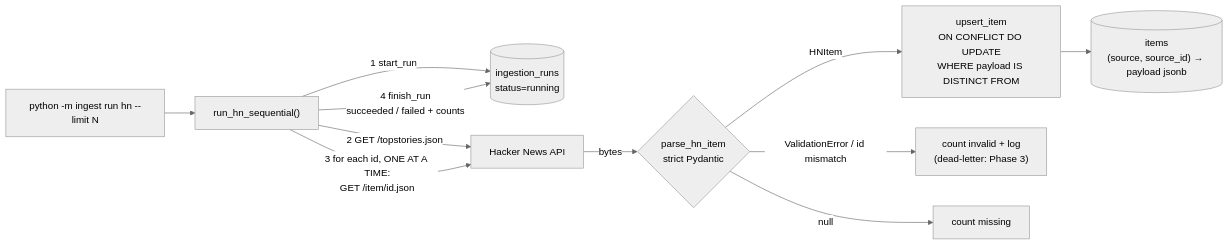
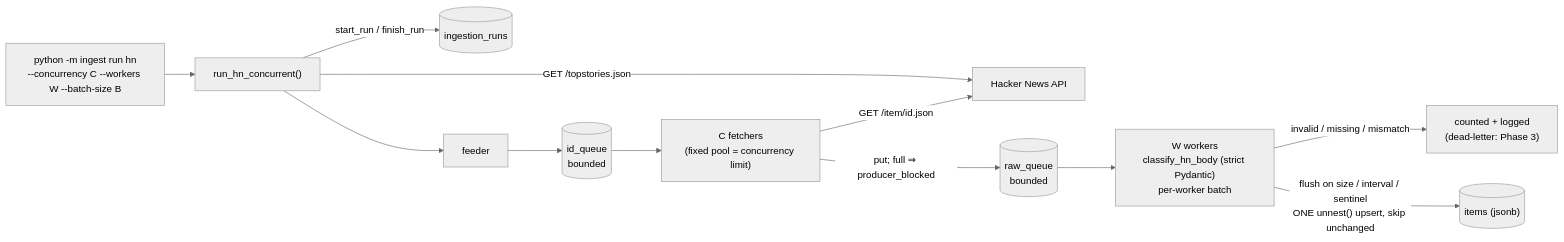
The first of 2 diagrams in README.md (RamitJoshi41/Asynchronous-Data-Ingestion-Pipeline), drawn with Mermaid (neutral theme) before and after one commit. The commit also changed other lines of this file and 2 other files, not shown here.

First line of the commit message:
docs: phase 2 README; publish benchmarks, keep design notes local-only

````diff
--- a/README.md
+++ b/README.md
@@ -16,13 +16,14 @@
 ```mermaid
 flowchart LR
-    CLI["python -m ingest run hn --limit N"] --> R["run_hn_sequential()"]
-    R -- "1 start_run" --> RUNS[("ingestion_runs<br/>status=running")]
-    R -- "2 GET /topstories.json" --> HN[Hacker News API]
-    R -- "3 for each id, ONE AT A TIME:<br/>GET /item/id.json" --> HN
-    HN -- bytes --> V{"parse_hn_item<br/>strict Pydantic"}
-    V -- "HNItem" --> U["upsert_item<br/>ON CONFLICT DO UPDATE<br/>WHERE payload IS DISTINCT FROM"]
-    V -- "ValidationError / id mismatch" --> INV["count invalid + log<br/>(dead-letter: Phase 3)"]
-    V -- "null" --> MISS["count missing"]
-    U --> ITEMS[("items<br/>(source, source_id) → payload jsonb")]
-    R -- "4 finish_run<br/>succeeded / failed + counts" --> RUNS
+    CLI["python -m ingest run hn<br/>--concurrency C --workers W --batch-size B"] --> R["run_hn_concurrent()"]
+    R -- "start_run / finish_run" --> RUNS[("ingestion_runs")]
+    R -- "GET /topstories.json" --> HN[Hacker News API]
+    R --> FEED["feeder"]
+    FEED --> IDQ[("id_queue<br/>bounded")]
+    IDQ --> F["C fetchers<br/>(fixed pool = concurrency limit)"]
+    F -- "GET /item/id.json" --> HN
+    F -- "put; full ⇒ producer_blocked" --> RAWQ[("raw_queue<br/>bounded")]
+    RAWQ --> W["W workers<br/>classify_hn_body (strict Pydantic)<br/>per-worker batch"]
+    W -- "invalid / missing / mismatch" --> CNT["counted + logged<br/>(dead-letter: Phase 3)"]
+    W -- "flush on size / interval / sentinel<br/>ONE unnest() upsert, skip unchanged" --> ITEMS[("items (jsonb)")]
 ```
````
